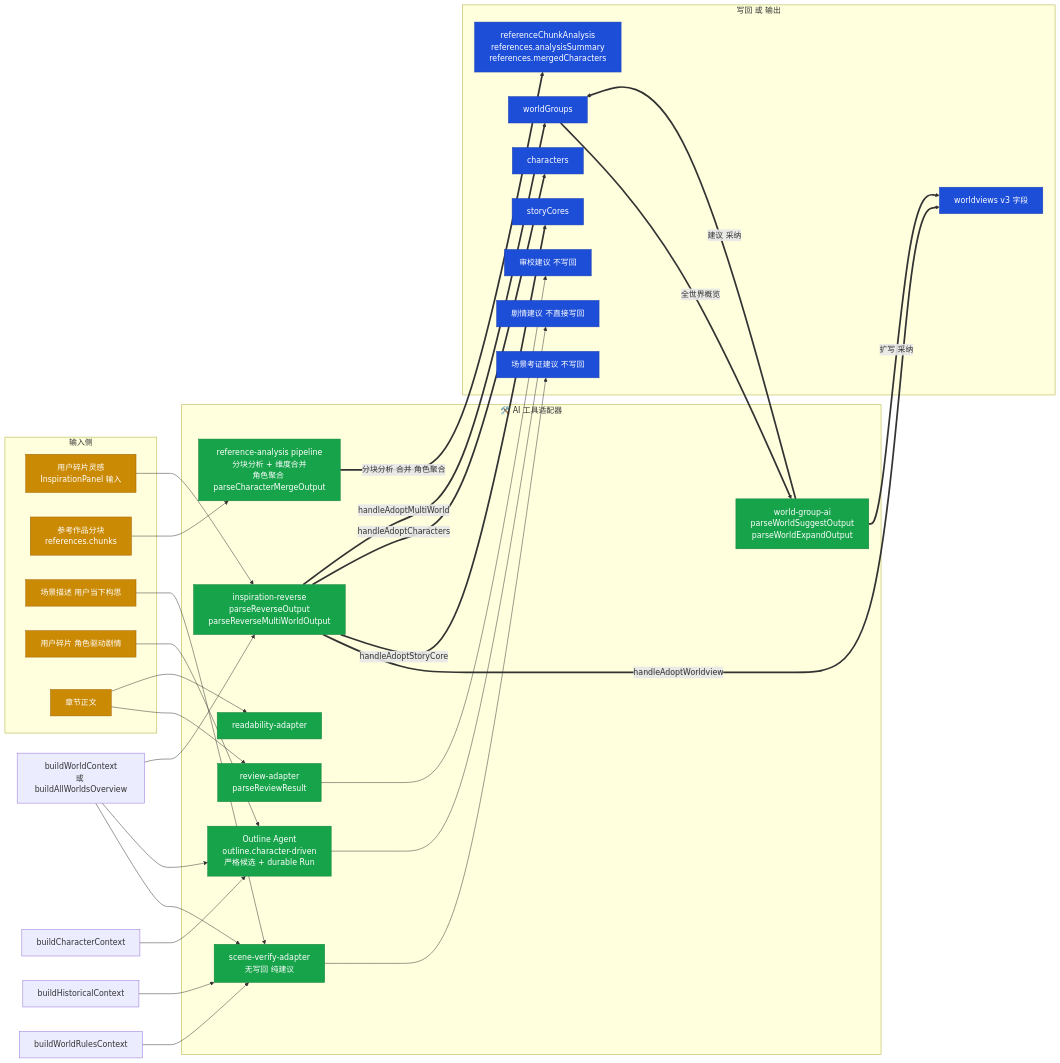
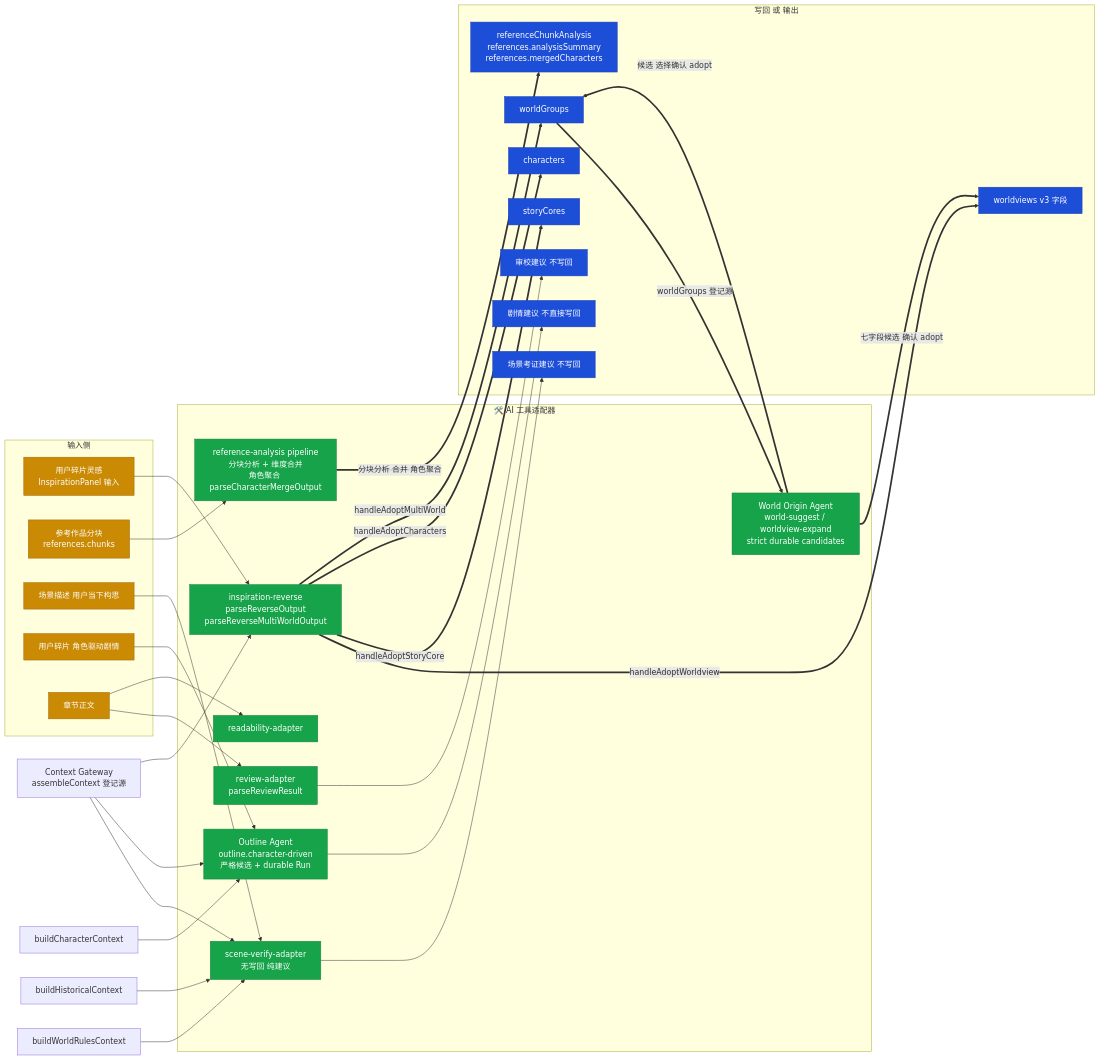
Before and after one commit to yuanbw2025/storyforge: the fifth of 15 diagrams in docs/DATA-FLOW-DIAGRAM.md, drawn with Mermaid. The commit also changed other lines of this file and 21 other files, not shown here.

First line of the commit message:
feat(HARNESS-68): govern durable world suggestions

````diff
--- a/docs/DATA-FLOW-DIAGRAM.md
+++ b/docs/DATA-FLOW-DIAGRAM.md
@@ -516,72 +516,72 @@
 ```mermaid
 flowchart LR
     subgraph INPUT["输入侧"]
         FRAG["用户碎片灵感<br/>InspirationPanel 输入"]
         REFC["参考作品分块<br/>references.chunks"]
         SCENE["场景描述 用户当下构思"]
         UA["用户碎片 角色驱动剧情"]
         CHAP_IN["章节正文"]
     end
 
     subgraph TOOLAI["🛠️ AI 工具适配器"]
         INV["inspiration-reverse<br/>parseReverseOutput<br/>parseReverseMultiWorldOutput"]
-        WGS["world-group-ai<br/>parseWorldSuggestOutput<br/>parseWorldExpandOutput"]
+        WGS["World Origin Agent<br/>world-suggest / worldview-expand<br/>strict durable candidates"]
         REFAN["reference-analysis pipeline<br/>分块分析 + 维度合并<br/>角色聚合 parseCharacterMergeOutput"]
         SCV["scene-verify-adapter<br/>无写回 纯建议"]
         CDPA["Outline Agent<br/>outline.character-driven<br/>严格候选 + durable Run"]
         REV["review-adapter<br/>parseReviewResult"]
         RDB["readability-adapter"]
     end
 
     subgraph OUT["写回 或 输出"]
         WV_OUT["worldviews v3 字段"]
         SC_OUT["storyCores"]
         CH_OUT["characters"]
         WG_OUT["worldGroups"]
         RA_OUT["referenceChunkAnalysis<br/>references.analysisSummary<br/>references.mergedCharacters"]
         ADVICE["场景考证建议 不写回"]
         PLOT_ADV["剧情建议 不直接写回"]
         REV_ADV["审校建议 不写回"]
     end
 
-    BLDWV2["buildWorldContext<br/>或 buildAllWorldsOverview"]
+    BLDWV2["Context Gateway<br/>assembleContext 登记源"]
     BLDCH2["buildCharacterContext"]
     HISTC["buildHistoricalContext"]
     WRC2["buildWorldRulesContext"]
     BLDWV2 --> SCV
     HISTC --> SCV
     WRC2 --> SCV
     BLDWV2 --> CDPA
     BLDCH2 --> CDPA
     BLDWV2 --> INV
 
     FRAG --> INV
     INV ==handleAdoptWorldview==> WV_OUT
     INV ==handleAdoptStoryCore==> SC_OUT
     INV ==handleAdoptCharacters==> CH_OUT
     INV ==handleAdoptMultiWorld==> WG_OUT
 
-    WG_OUT ==全世界概览==> WGS
-    WGS ==建议 采纳==> WG_OUT
-    WGS ==扩写 采纳==> WV_OUT
+    WG_OUT ==worldGroups 登记源==> WGS
+    WGS ==候选 选择确认 adopt==> WG_OUT
+    WGS ==七字段候选 确认 adopt==> WV_OUT
 
     REFC --> REFAN
     REFAN ==分块分析 合并 角色聚合==> RA_OUT
 
     SCENE --> SCV
     SCV --> ADVICE
 
     UA --> CDPA
     CDPA --> PLOT_ADV
 
     CHAP_IN --> REV
     REV --> REV_ADV
     CHAP_IN --> RDB
 
     classDef in fill:#ca8a04,stroke:#a16207,color:#fff;
     classDef tool fill:#16a34a,stroke:#15803d,color:#fff;
     classDef out fill:#1d4ed8,stroke:#1e40af,color:#fff;
     class FRAG,REFC,SCENE,UA,CHAP_IN in
     class INV,WGS,REFAN,SCV,CDPA,REV,RDB tool
     class WV_OUT,SC_OUT,CH_OUT,WG_OUT,RA_OUT,ADVICE,PLOT_ADV,REV_ADV out
 ```
````
